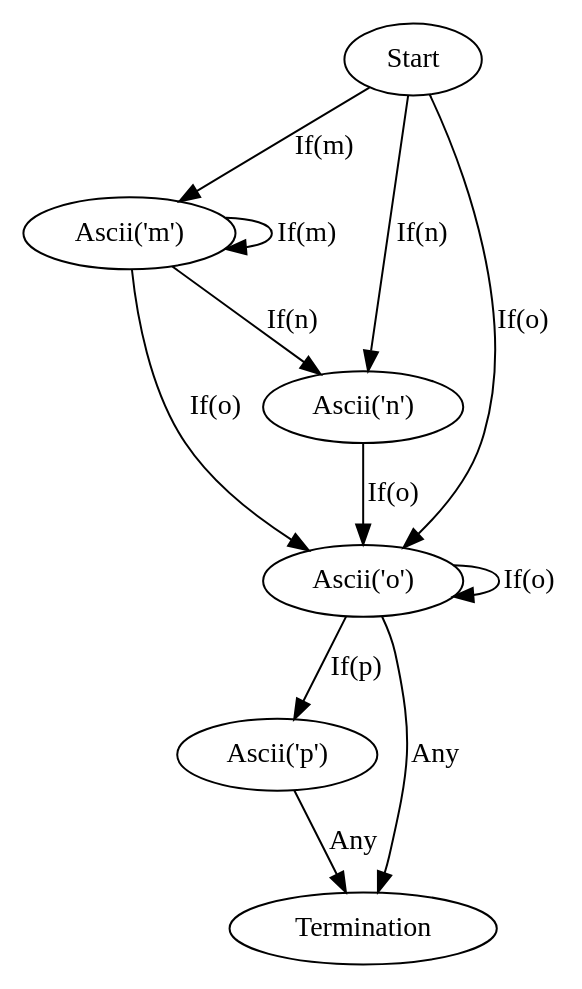
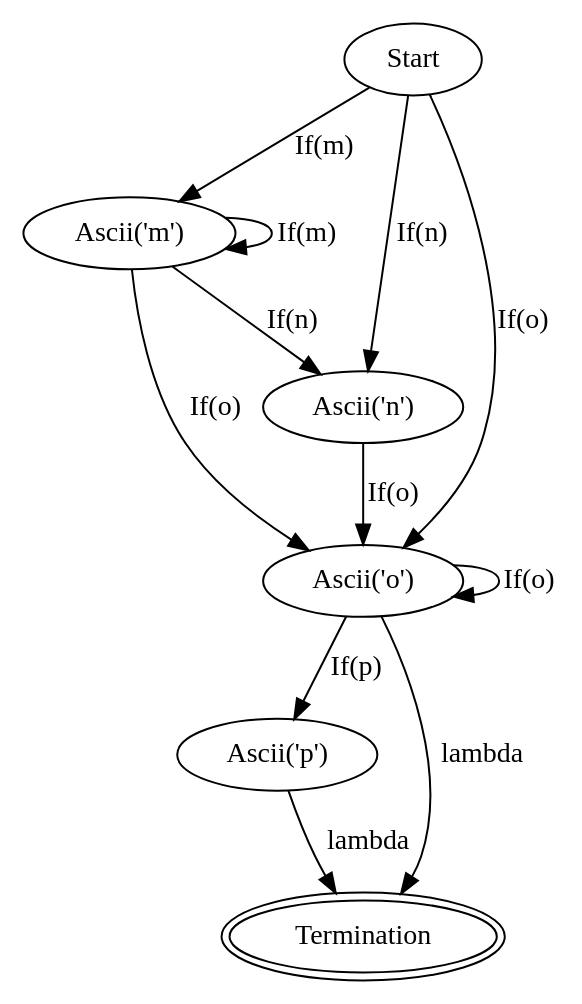
Before and after one commit to kerfmanner/Regex_FSM: the diagram in examples/pattern5.dot, drawn with Graphviz. The commit also changed 12 other files, not shown here.

```diff
--- a/examples/pattern5.dot
+++ b/examples/pattern5.dot
@@ -1,19 +1,19 @@
 digraph FSM {
 node0 [label="Start"];
 node0 -> node1 [label="If(m)"];
 node0 -> node2 [label="If(n)"];
 node0 -> node3 [label="If(o)"];
 node1 [label="Ascii('m')"];
 node1 -> node1 [label="If(m)"];
 node1 -> node2 [label="If(n)"];
 node1 -> node3 [label="If(o)"];
 node2 [label="Ascii('n')"];
 node2 -> node3 [label="If(o)"];
 node3 [label="Ascii('o')"];
 node3 -> node3 [label="If(o)"];
 node3 -> node4 [label="If(p)"];
-node3 -> node5 [label="Any"];
+node3 -> node5 [label="lambda"];
 node4 [label="Ascii('p')"];
-node4 -> node5 [label="Any"];
-node5 [label="Termination"];
+node4 -> node5 [label="lambda"];
+node5 [label="Termination", peripheries=2];
 }
```
